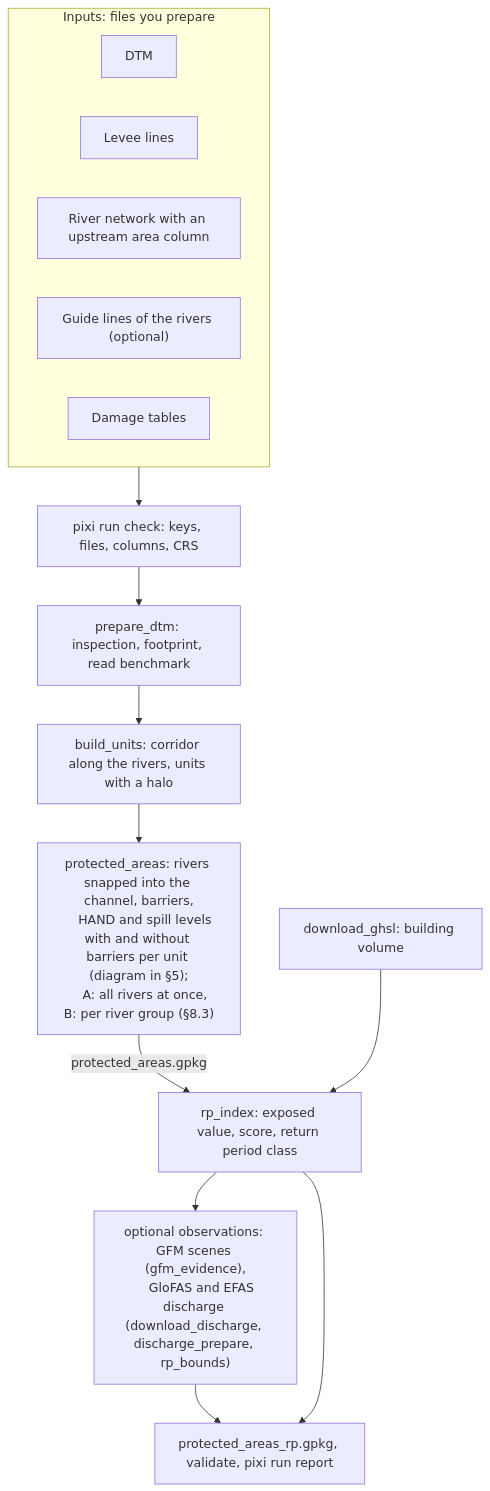
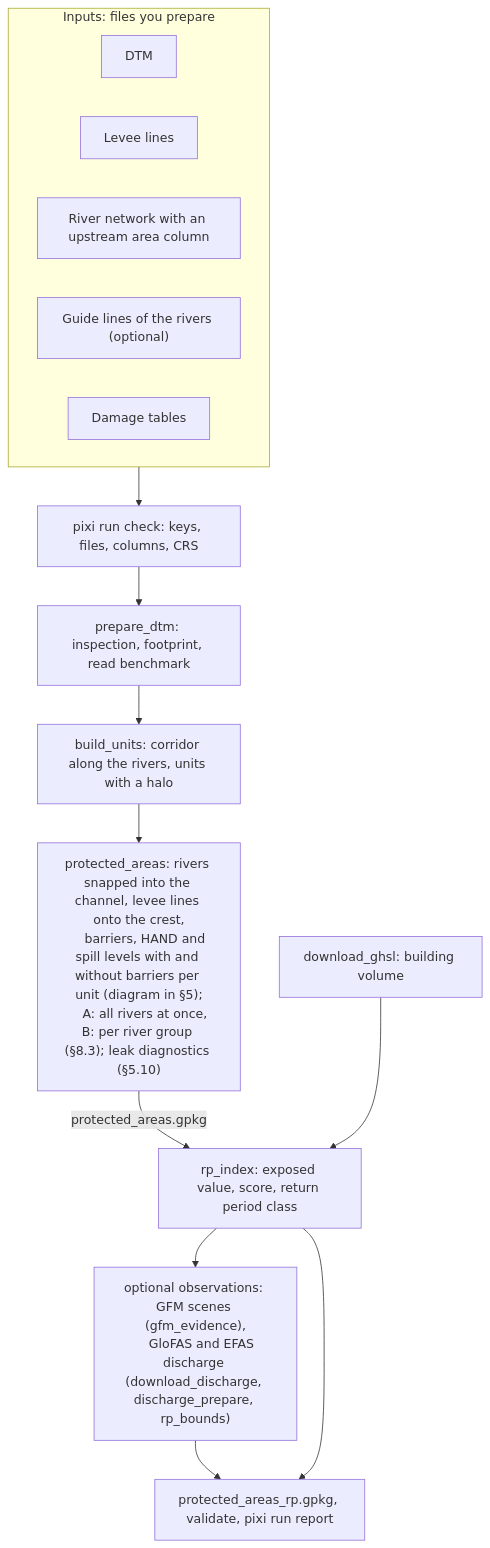
One commit to zapletalj-cze/flood_defenses changed the first of 5 diagrams in README.md. Above: the diagram before and after it, drawn with Mermaid. The commit also changed other lines of this file and 7 other files, not shown here.

````diff
--- a/README.md
+++ b/README.md
@@ -32,26 +32,26 @@
 ```mermaid
 flowchart TD
     subgraph IN["Inputs: files you prepare"]
         DTM["DTM"]
         LEV["Levee lines"]
         RIV["River network with an upstream area column"]
         GUI["Guide lines of the rivers (optional)"]
         DMG["Damage tables"]
     end
     CHK["pixi run check: keys, files, columns, CRS"]
     PD["prepare_dtm: inspection, footprint, read benchmark"]
     BU["build_units: corridor along the rivers, units with a halo"]
-    PA["protected_areas: rivers snapped into the channel, barriers,
-    HAND and spill levels with and without barriers per unit (diagram in §5);
-    A: all rivers at once, B: per river group (§8.3)"]
+    PA["protected_areas: rivers snapped into the channel, levee lines onto the crest,
+    barriers, HAND and spill levels with and without barriers per unit (diagram in §5);
+    A: all rivers at once, B: per river group (§8.3); leak diagnostics (§5.10)"]
     GH["download_ghsl: building volume"]
     RI["rp_index: exposed value, score, return period class"]
     OBS["optional observations: GFM scenes (gfm_evidence),
     GloFAS and EFAS discharge (download_discharge, discharge_prepare, rp_bounds)"]
     OUT["protected_areas_rp.gpkg, validate, pixi run report"]
     IN --> CHK --> PD --> BU --> PA
     PA -- "protected_areas.gpkg" --> RI
     GH --> RI
     RI --> OBS --> OUT
     RI --> OUT
 ```
````
